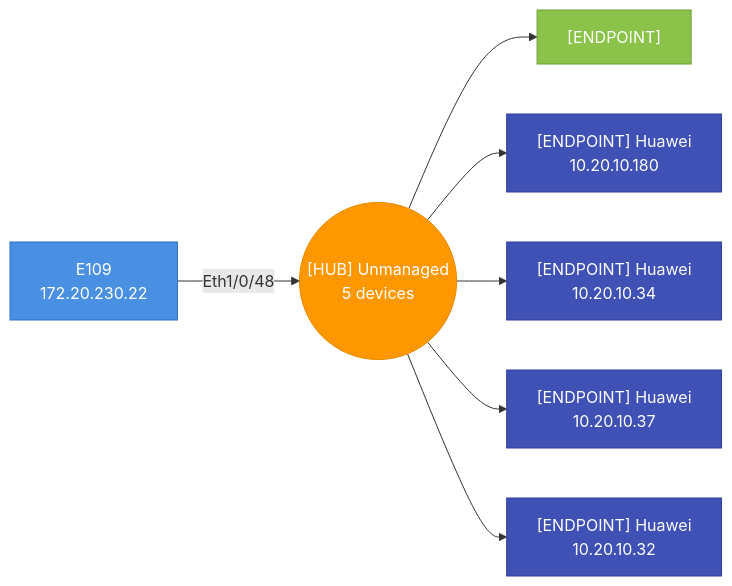
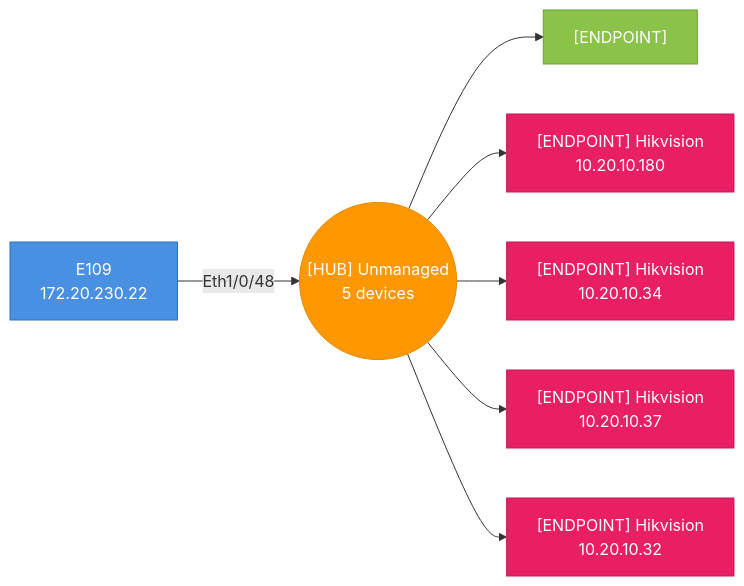
Before and after one commit to djamic/LLDP-Skanner-Go: diagram 21 of 38 in testdata/golden/audit_default.md, drawn with Mermaid. The commit also changed other lines of this file and 11 other files, not shown here.

````diff
--- a/testdata/golden/audit_default.md
+++ b/testdata/golden/audit_default.md
@@ -1817,23 +1757,23 @@
 ```mermaid
 graph LR
   hub_f8f0827ad969_p48(("[HUB] Unmanaged<br>5 devices"))
   f8f0827ad969["E109<br>172.20.230.22"]
   f8f0827ad969-- "Eth1/0/48" -->hub_f8f0827ad969_p48
   style f8f0827ad969 fill:#4A90E2,stroke:#2A6FC2,color:#fff
   8c902d4f5c93["[ENDPOINT]"]
   hub_f8f0827ad969_p48-->8c902d4f5c93
   style 8c902d4f5c93 fill:#8BC34A,stroke:#6B9F30,color:#fff
-  bc9b5e476221["[ENDPOINT] Huawei<br>10.20.10.180"]
+  bc9b5e476221["[ENDPOINT] Hikvision<br>10.20.10.180"]
   hub_f8f0827ad969_p48-->bc9b5e476221
-  style bc9b5e476221 fill:#3F51B5,stroke:#303F9F,color:#fff
-  bc9b5e476224["[ENDPOINT] Huawei<br>10.20.10.34"]
+  style bc9b5e476221 fill:#E91E63,stroke:#C2185B,color:#fff
+  bc9b5e476224["[ENDPOINT] Hikvision<br>10.20.10.34"]
   hub_f8f0827ad969_p48-->bc9b5e476224
-  style bc9b5e476224 fill:#3F51B5,stroke:#303F9F,color:#fff
-  bc9b5e476339["[ENDPOINT] Huawei<br>10.20.10.37"]
+  style bc9b5e476224 fill:#E91E63,stroke:#C2185B,color:#fff
+  bc9b5e476339["[ENDPOINT] Hikvision<br>10.20.10.37"]
   hub_f8f0827ad969_p48-->bc9b5e476339
-  style bc9b5e476339 fill:#3F51B5,stroke:#303F9F,color:#fff
-  bc9b5e47669d["[ENDPOINT] Huawei<br>10.20.10.32"]
+  style bc9b5e476339 fill:#E91E63,stroke:#C2185B,color:#fff
+  bc9b5e47669d["[ENDPOINT] Hikvision<br>10.20.10.32"]
   hub_f8f0827ad969_p48-->bc9b5e47669d
-  style bc9b5e47669d fill:#3F51B5,stroke:#303F9F,color:#fff
+  style bc9b5e47669d fill:#E91E63,stroke:#C2185B,color:#fff
   style hub_f8f0827ad969_p48 fill:#FF9800,stroke:#E68A00,color:#fff
 ```
````
